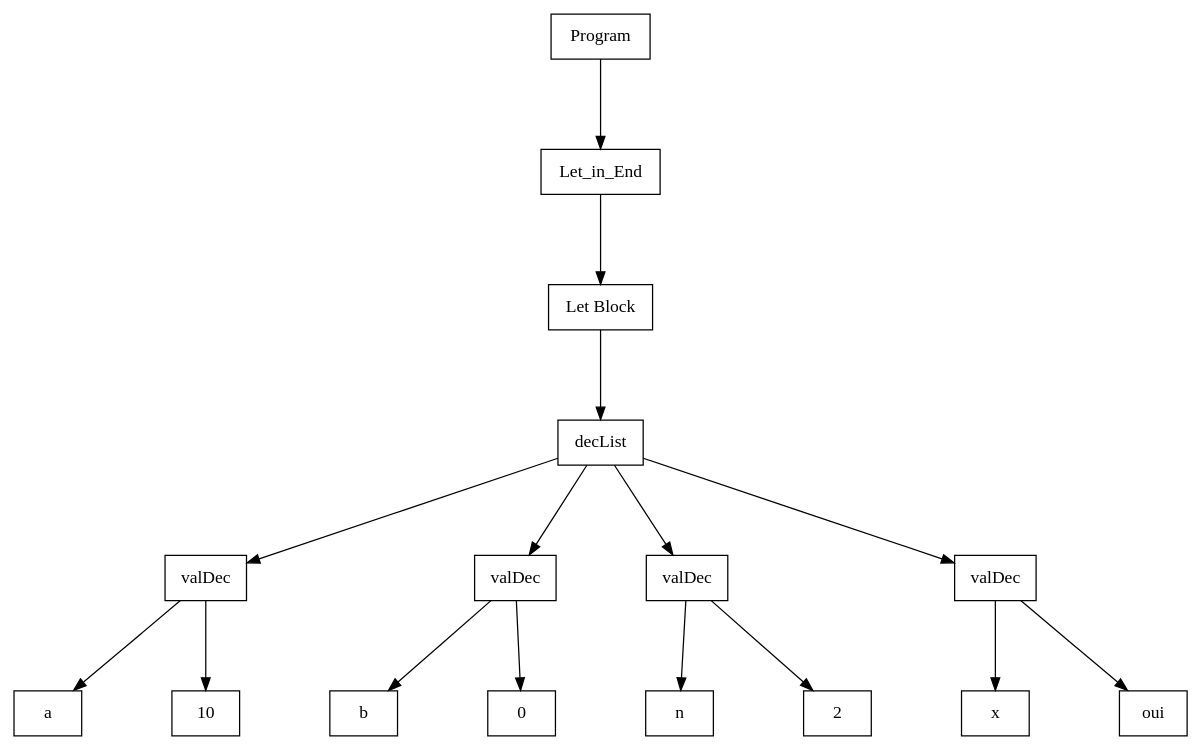
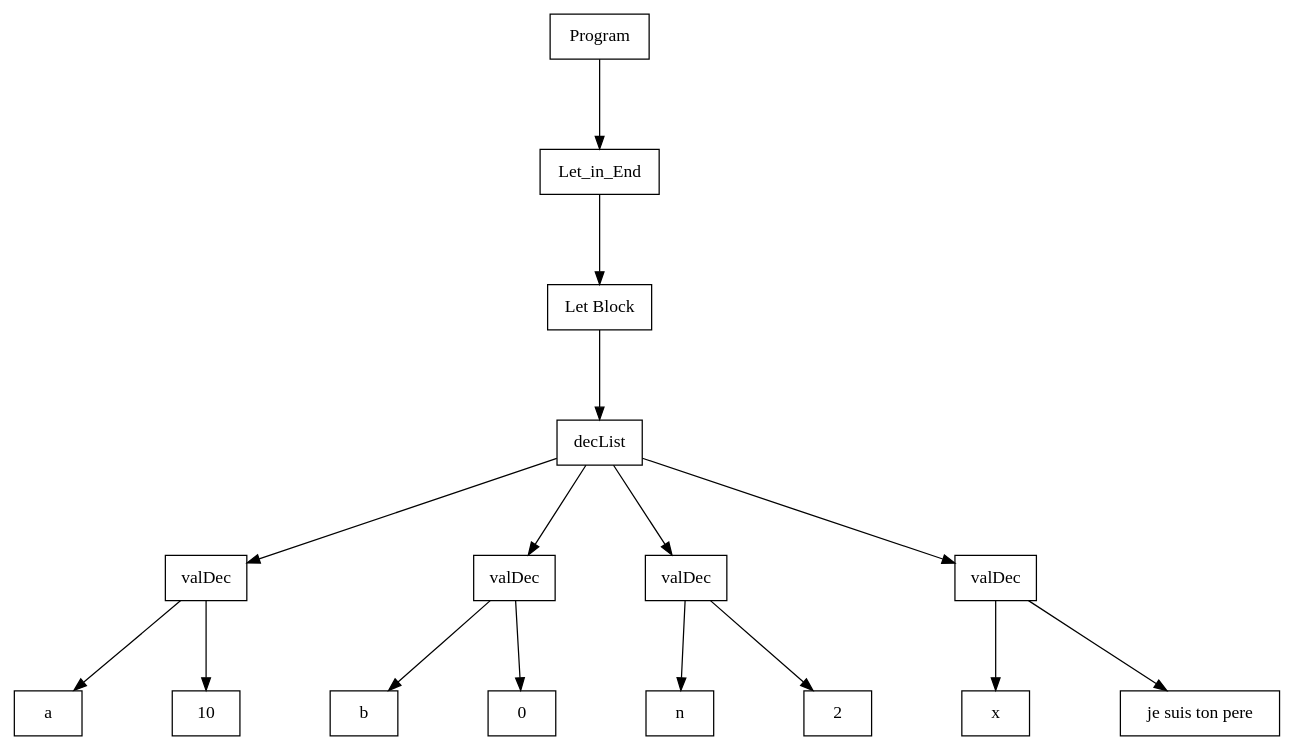
The diagram in out/tree.dot (fl3ur1nestimable/tiger-compiler), drawn with Graphviz before and after one commit. The commit also changed 2 other files, not shown here.

```diff
--- a/out/tree.dot
+++ b/out/tree.dot
@@ -1,38 +1,38 @@
 digraph "ast"{
 
 	nodesep=1;
 	ranksep=1;
 
 	N2 [label="Let Block", shape="box"];
 	N3 [label="decList", shape="box"];
 	N4 [label="valDec", shape="box"];
 	N5 [label="a", shape="box"];
 	N6 [label="10", shape="box"];
 	N7 [label="valDec", shape="box"];
 	N8 [label="b", shape="box"];
 	N9 [label="0", shape="box"];
 	N10 [label="valDec", shape="box"];
 	N11 [label="n", shape="box"];
 	N12 [label="2", shape="box"];
 	N13 [label="valDec", shape="box"];
 	N14 [label="x", shape="box"];
-	N15 [label="oui", shape="box"];
+	N15 [label="je suis ton pere", shape="box"];
 	N1 [label="Let_in_End", shape="box"];
 	N0 [label="Program", shape="box"];
 
 	N4 -> N5; 
 	N4 -> N6; 
 	N3 -> N4; 
 	N7 -> N8; 
 	N7 -> N9; 
 	N3 -> N7; 
 	N10 -> N11; 
 	N10 -> N12; 
 	N3 -> N10; 
 	N13 -> N14; 
 	N13 -> N15; 
 	N3 -> N13; 
 	N1 -> N2; 
 	N2 -> N3; 
 	N0 -> N1; 
 }
```
